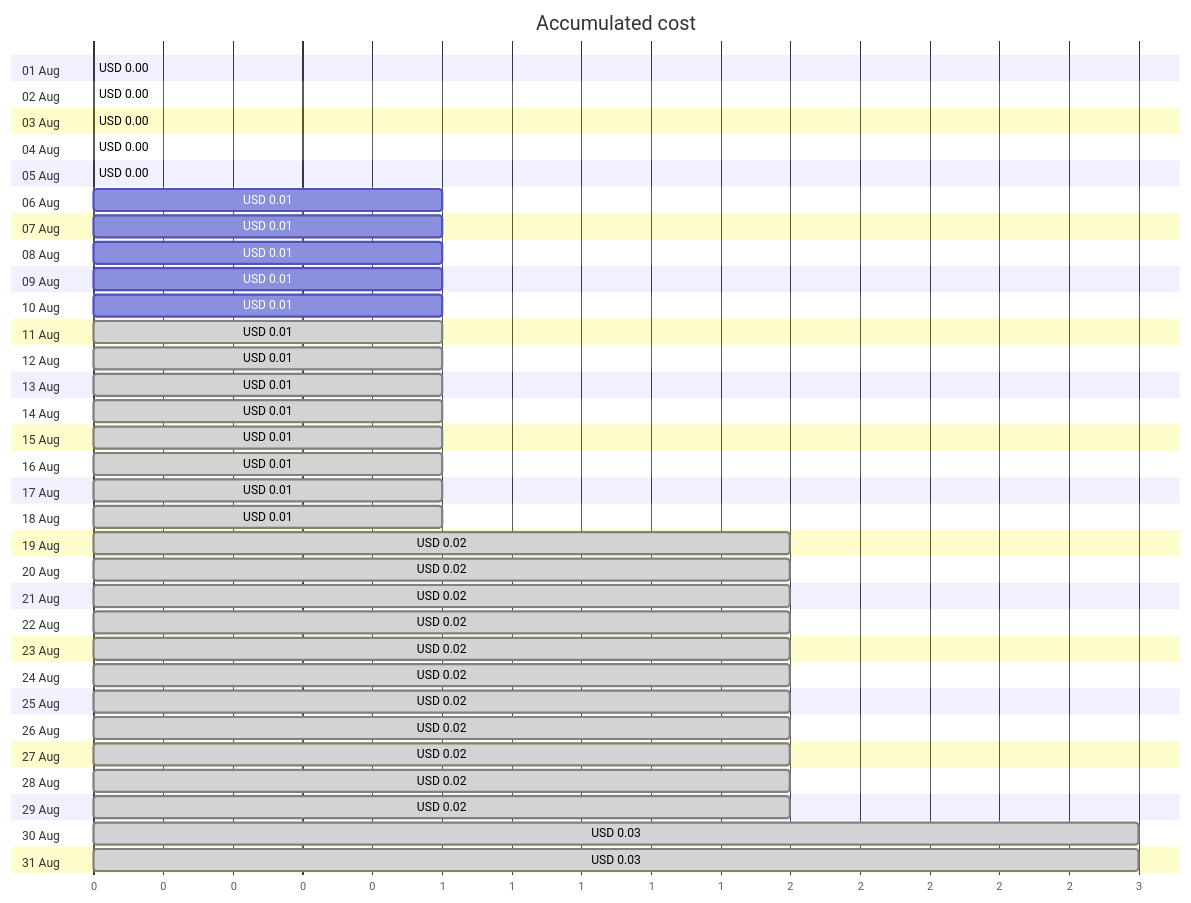
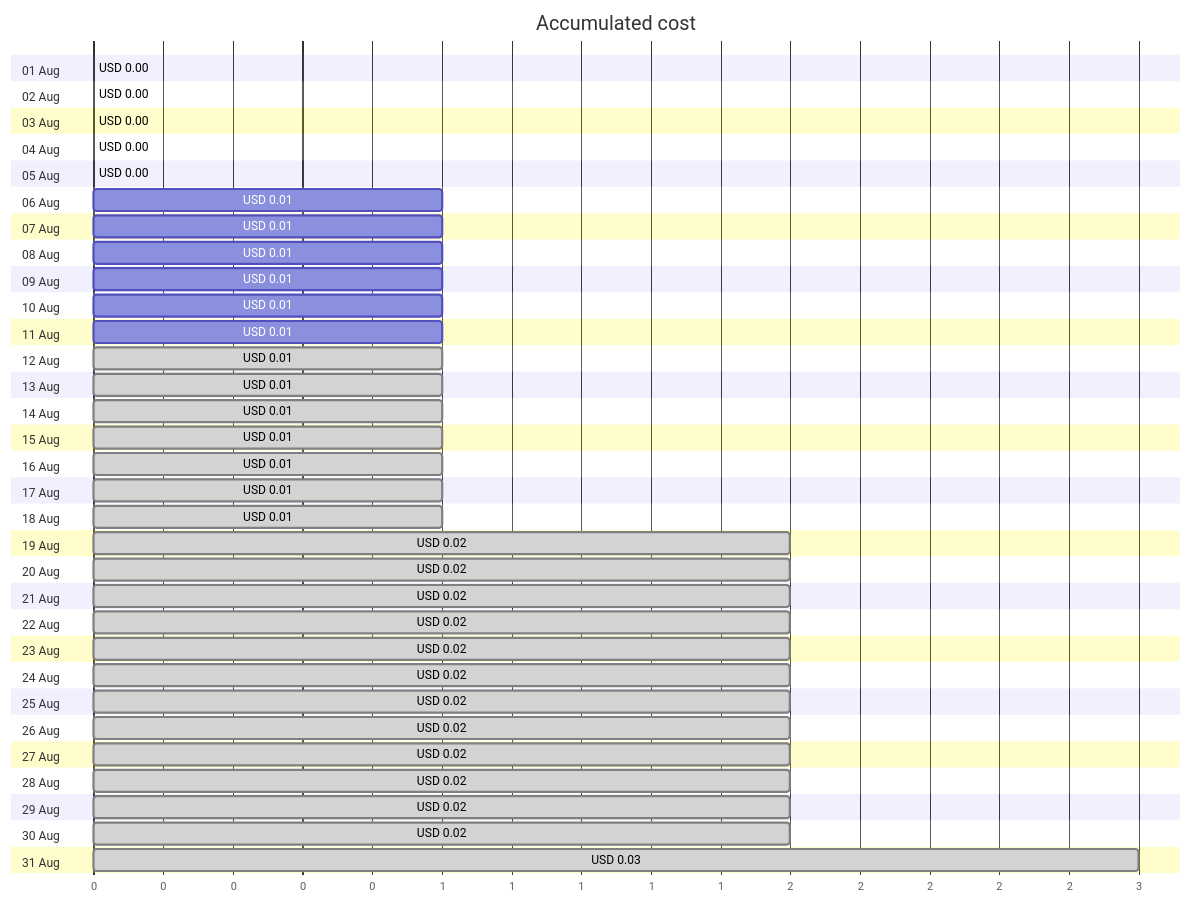
Before and after one commit to jpfulton/azure-personal-reports: the first of 4 diagrams in cost-reports/personal-site/personalsiteapistorage.md, drawn with Mermaid. The commit also changed other lines of this file and 6 other files, not shown here.

````diff
--- a/cost-reports/personal-site/personalsiteapistorage.md
+++ b/cost-reports/personal-site/personalsiteapistorage.md
@@ -20,68 +20,68 @@
 ```mermaid
 gantt
    title Accumulated cost
    dateFormat  X
    axisFormat %s
    section 01 Aug
    USD 0.00 :0, 0
    section 02 Aug
    USD 0.00 :0, 0
    section 03 Aug
    USD 0.00 :0, 0
    section 04 Aug
    USD 0.00 :0, 0
    section 05 Aug
    USD 0.00 :0, 0
    section 06 Aug
    USD 0.01 :0, 1
    section 07 Aug
    USD 0.01 :0, 1
    section 08 Aug
    USD 0.01 :0, 1
    section 09 Aug
    USD 0.01 :0, 1
    section 10 Aug
    USD 0.01 :0, 1
    section 11 Aug
-   USD 0.01 : done, 0, 1
+   USD 0.01 :0, 1
    section 12 Aug
    USD 0.01 : done, 0, 1
    section 13 Aug
    USD 0.01 : done, 0, 1
    section 14 Aug
    USD 0.01 : done, 0, 1
    section 15 Aug
    USD 0.01 : done, 0, 1
    section 16 Aug
    USD 0.01 : done, 0, 1
    section 17 Aug
    USD 0.01 : done, 0, 1
    section 18 Aug
    USD 0.01 : done, 0, 1
    section 19 Aug
    USD 0.02 : done, 0, 2
    section 20 Aug
    USD 0.02 : done, 0, 2
    section 21 Aug
    USD 0.02 : done, 0, 2
    section 22 Aug
    USD 0.02 : done, 0, 2
    section 23 Aug
    USD 0.02 : done, 0, 2
    section 24 Aug
    USD 0.02 : done, 0, 2
    section 25 Aug
    USD 0.02 : done, 0, 2
    section 26 Aug
    USD 0.02 : done, 0, 2
    section 27 Aug
    USD 0.02 : done, 0, 2
    section 28 Aug
    USD 0.02 : done, 0, 2
    section 29 Aug
    USD 0.02 : done, 0, 2
    section 30 Aug
-   USD 0.03 : done, 0, 3
+   USD 0.02 : done, 0, 2
    section 31 Aug
    USD 0.03 : done, 0, 3
 ```
````
